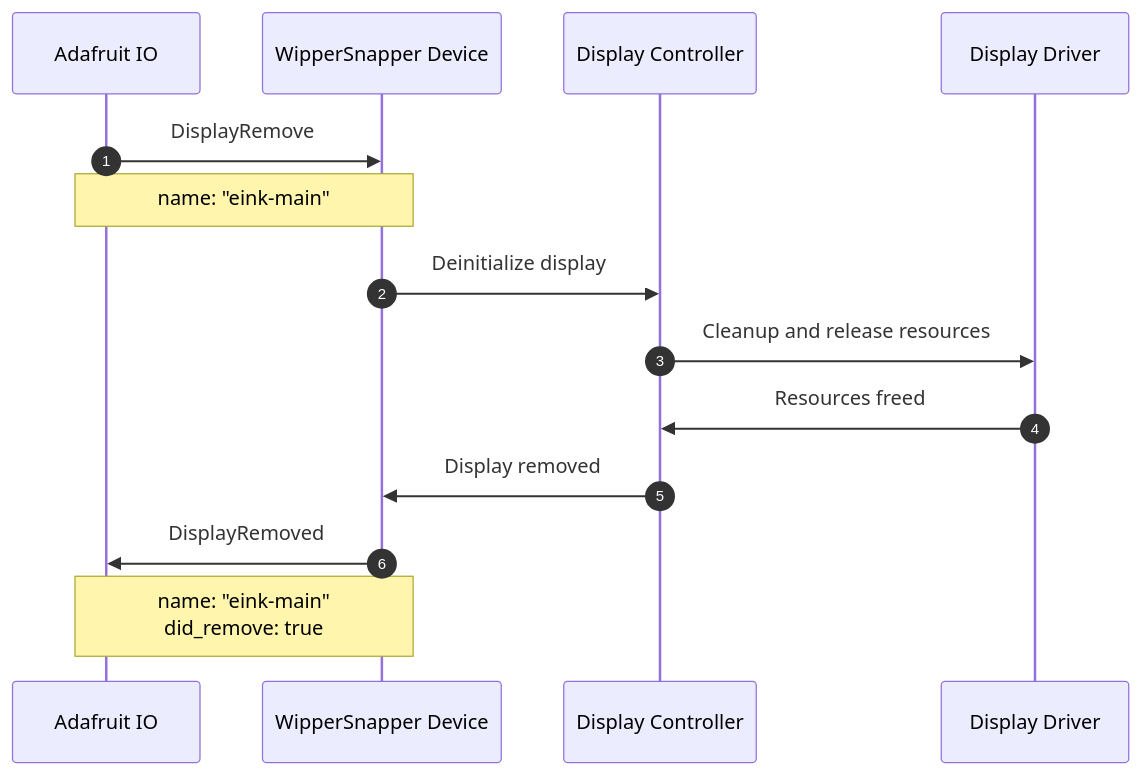
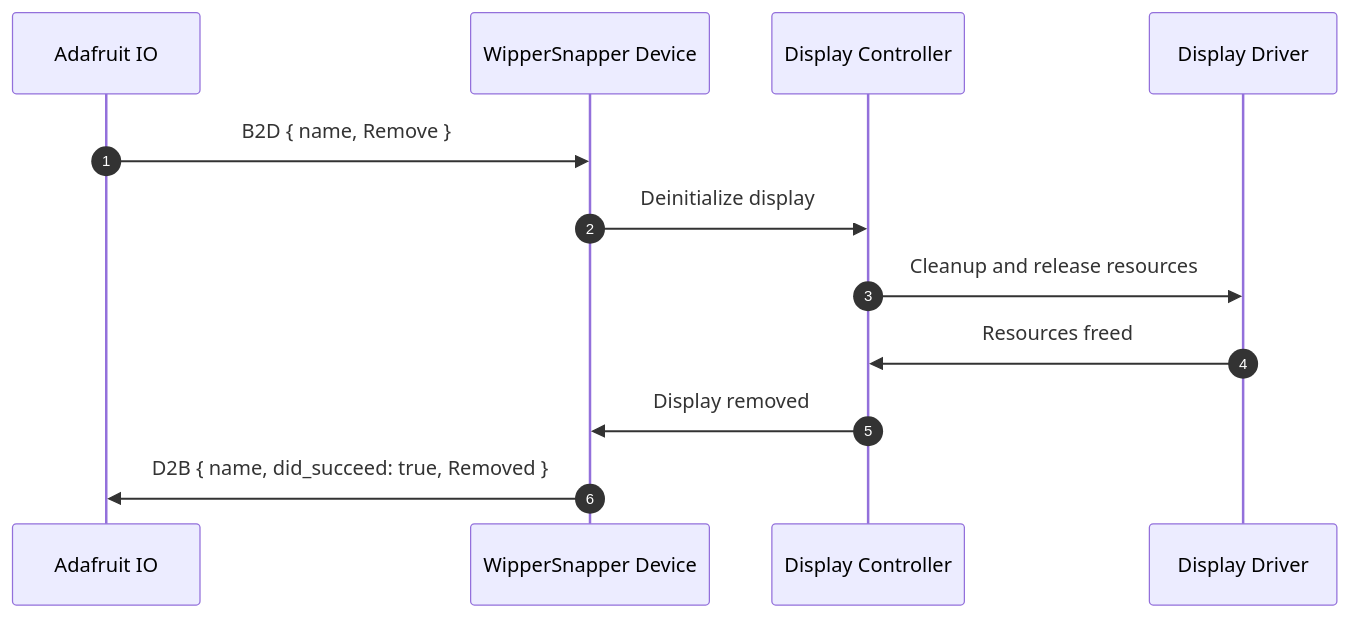
The third of 3 diagrams in proto/wippersnapper/docs/display.md (adafruit/Wippersnapper_Protobuf), drawn with Mermaid before and after one commit. The commit also changed other lines of this file and 1 other file, not shown here.

Commit message:
Update display proto docs after refactor

````diff
--- a/proto/wippersnapper/docs/display.md
+++ b/proto/wippersnapper/docs/display.md
@@ -201,19 +267,17 @@
 ```mermaid
 sequenceDiagram
 autonumber
 participant IO as Adafruit IO
 participant Device as WipperSnapper Device
 participant Display as Display Controller
 participant Driver as Display Driver
 
-IO->>Device: DisplayRemove
-Note over IO,Device: name: "eink-main"
+IO->>Device: B2D { name, Remove }
 
 Device->>Display: Deinitialize display
 Display->>Driver: Cleanup and release resources
 Driver->>Display: Resources freed
 
 Display->>Device: Display removed
-Device->>IO: DisplayRemoved
-Note over Device,IO: name: "eink-main"<br/>did_remove: true
+Device->>IO: D2B { name, did_succeed: true, Removed }
 ```
````
